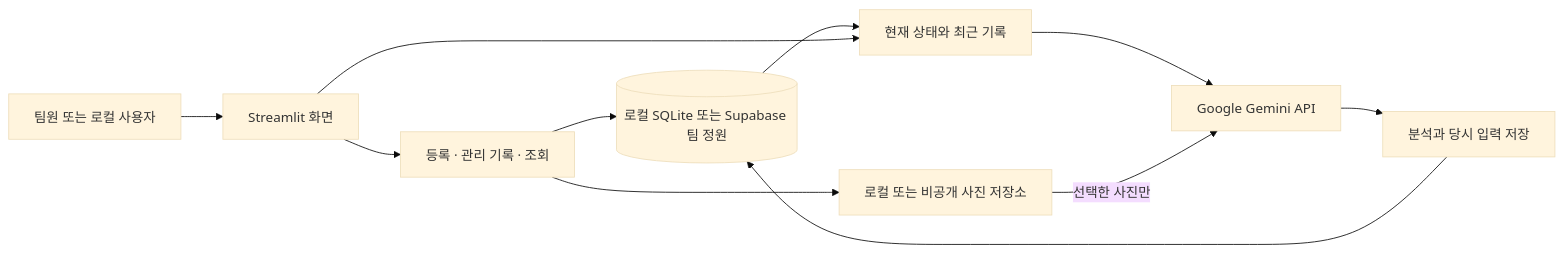
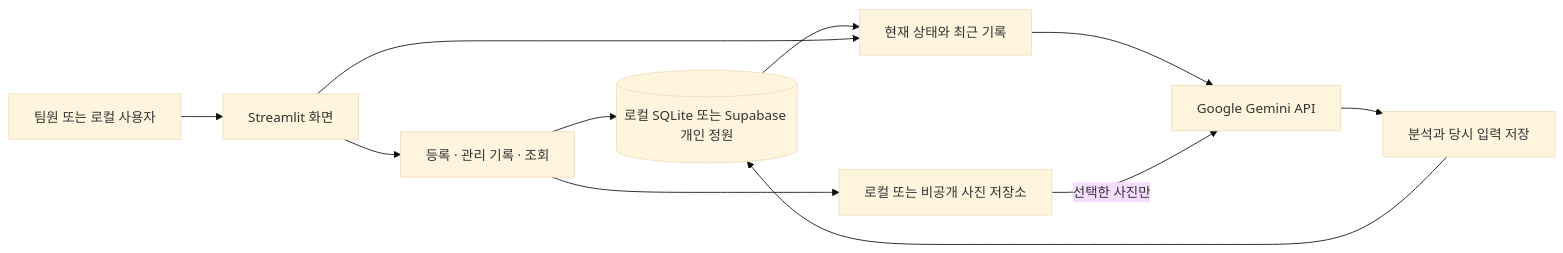
Before and after one commit to Mhoyoung/plant-care-ai: the diagram in README.md, drawn with Mermaid (base theme). The commit also changed other lines of this file and 27 other files, not shown here.

````diff
--- a/README.md
+++ b/README.md
@@ -105,13 +105,13 @@
 ```mermaid
 flowchart LR
     USER[팀원 또는 로컬 사용자] --> UI[Streamlit 화면]
     UI --> STORE[등록 · 관리 기록 · 조회]
-    STORE --> DB[(로컬 SQLite 또는 Supabase 팀 정원)]
+    STORE --> DB[(로컬 SQLite 또는 Supabase 개인 정원)]
     STORE --> PHOTO[로컬 또는 비공개 사진 저장소]
     DB --> CONTEXT[현재 상태와 최근 기록]
     UI --> CONTEXT
     CONTEXT --> AI[Google Gemini API]
     PHOTO -->|선택한 사진만| AI
     AI --> RESULT[분석과 당시 입력 저장]
     RESULT --> DB
 ```
````
